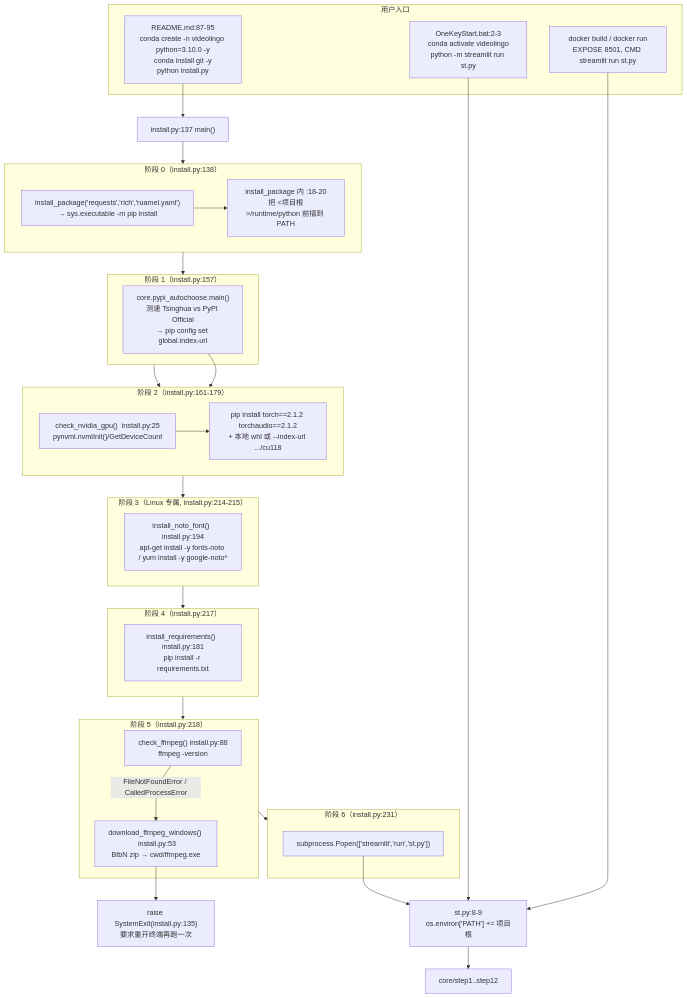
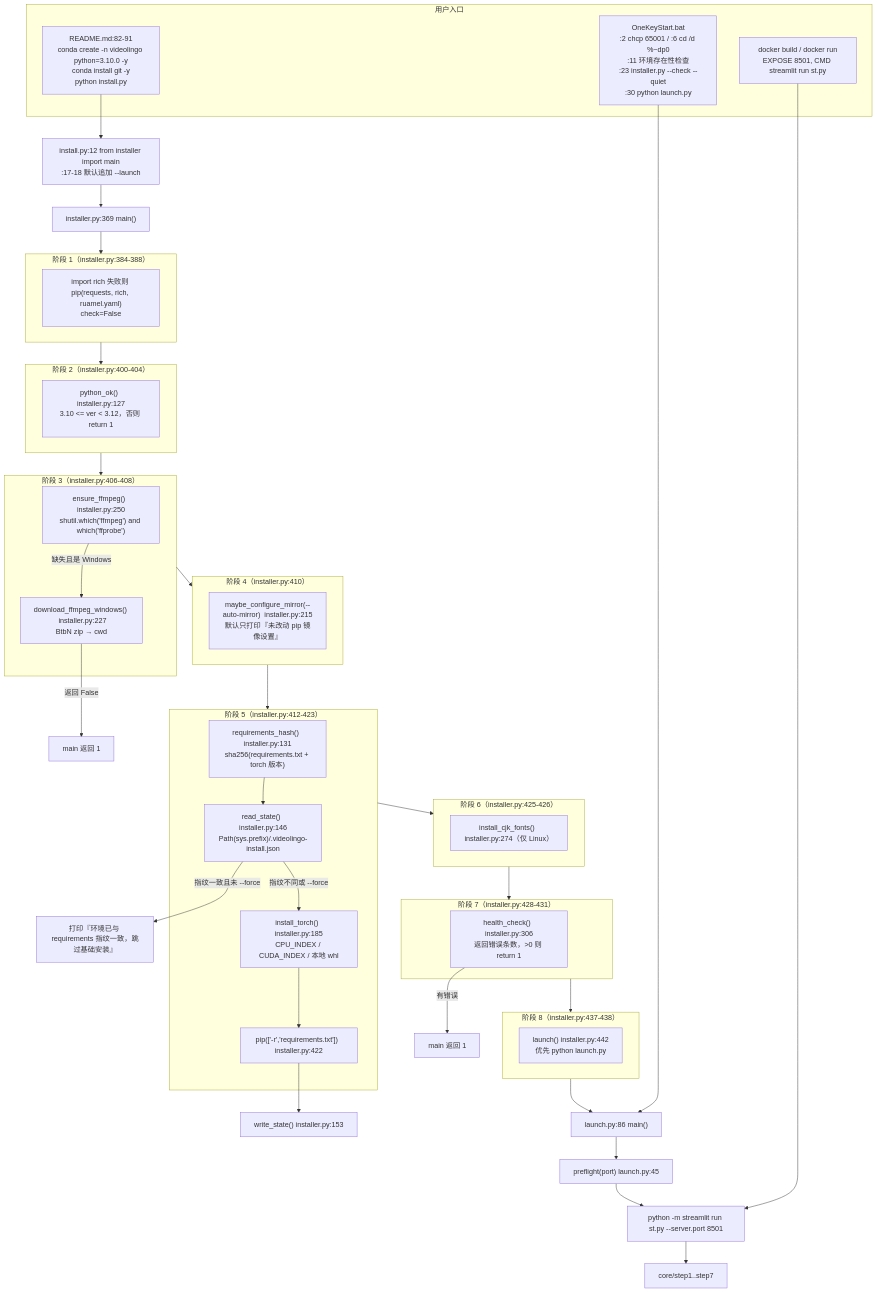
The diagram in devdocs/06-batch-and-tools/02-安装脚本与依赖.md (Brzjomo/VideoLingoMove), drawn with Mermaid before and after one commit. The commit also changed other lines of this file and 30 other files, not shown here.

````diff
--- a/devdocs/06-batch-and-tools/02-安装脚本与依赖.md
+++ b/devdocs/06-batch-and-tools/02-安装脚本与依赖.md
@@ -58,52 +69,56 @@
 ```mermaid
 flowchart TD
     subgraph ENTRY["用户入口"]
-        MD["README.md:87-95<br/>conda create -n videolingo python=3.10.0 -y<br/>conda install git -y<br/>python install.py"]
-        ONE["OneKeyStart.bat:2-3<br/>conda activate videolingo<br/>python -m streamlit run st.py"]
+        README["README.md:82-91<br/>conda create -n videolingo python=3.10.0 -y<br/>conda install git -y<br/>python install.py"]
+        ONE["OneKeyStart.bat<br/>:2 chcp 65001 / :6 cd /d %~dp0<br/>:11 环境存在性检查<br/>:23 installer.py --check --quiet<br/>:30 python launch.py"]
         DK["docker build / docker run<br/>EXPOSE 8501, CMD streamlit run st.py"]
     end
 
-    MD --> IP["install.py:137 main()"]
+    README --> WRAP["install.py:12 from installer import main<br/>:17-18 默认追加 --launch"]
+    WRAP --> IM["installer.py:369 main()"]
 
-    subgraph S0["阶段 0（install.py:138）"]
-        PKG["install_package('requests','rich','ruamel.yaml')<br/>→ sys.executable -m pip install"]
-        PYENV["install_package 内 :18-20<br/>把 &lt;项目根&gt;/runtime/python 前插到 PATH"]
+    subgraph S1["阶段 1（installer.py:384-388）"]
+        BOOT["import rich 失败则 pip(requests, rich, ruamel.yaml)<br/>check=False"]
+    end
+    subgraph S2["阶段 2（installer.py:400-404）"]
+        PYG["python_ok()  installer.py:127<br/>3.10 <= ver < 3.12，否则 return 1"]
+    end
+    subgraph S3["阶段 3（installer.py:406-408）"]
+        FF["ensure_ffmpeg()  installer.py:250<br/>shutil.which('ffmpeg') and which('ffprobe')"]
+        FFDL["download_ffmpeg_windows()  installer.py:227<br/>BtbN zip → cwd"]
+    end
+    subgraph S4["阶段 4（installer.py:410）"]
+        MIR["maybe_configure_mirror(--auto-mirror)  installer.py:215<br/>默认只打印『未改动 pip 镜像设置』"]
+    end
+    subgraph S5["阶段 5（installer.py:412-423）"]
+        HASH["requirements_hash()  installer.py:131<br/>sha256(requirements.txt + torch 版本)"]
+        STATE["read_state()  installer.py:146<br/>Path(sys.prefix)/.videolingo-install.json"]
+        TORCH["install_torch()  installer.py:185<br/>CPU_INDEX / CUDA_INDEX / 本地 whl"]
+        REQ["pip(['-r','requirements.txt'])  installer.py:422"]
+    end
+    subgraph S6["阶段 6（installer.py:425-426）"]
+        FONT["install_cjk_fonts()  installer.py:274（仅 Linux）"]
+    end
+    subgraph S7["阶段 7（installer.py:428-431）"]
+        HC["health_check()  installer.py:306<br/>返回错误条数，>0 则 return 1"]
+    end
+    subgraph S8["阶段 8（installer.py:437-438）"]
+        LAUNCH["launch()  installer.py:442<br/>优先 python launch.py"]
     end
 
-    subgraph S1["阶段 1（install.py:157）"]
-        MIRROR["core.pypi_autochoose.main()<br/>测速 Tsinghua vs PyPI Official<br/>→ pip config set global.index-url"]
-    end
-
-    subgraph S2["阶段 2（install.py:161-179）"]
-        PNV["check_nvidia_gpu()  install.py:25<br/>pynvml.nvmlInit()/GetDeviceCount"]
-        TORCH["pip install torch==2.1.2 torchaudio==2.1.2<br/>+ 本地 whl 或 --index-url .../cu118"]
-    end
-
-    subgraph S3["阶段 3（Linux 专属, install.py:214-215）"]
-        NOTO["install_noto_font()  install.py:194<br/>apt-get install -y fonts-noto / yum install -y google-noto*"]
-    end
-
-    subgraph S4["阶段 4（install.py:217）"]
-        REQ["install_requirements()  install.py:181<br/>pip install -r requirements.txt"]
-    end
-
-    subgraph S5["阶段 5（install.py:218）"]
-        CHK["check_ffmpeg()  install.py:88<br/>ffmpeg -version"]
-        DL["download_ffmpeg_windows()  install.py:53<br/>BtbN zip → cwd/ffmpeg.exe"]
-    end
-
-    subgraph S6["阶段 6（install.py:231）"]
-        RUN["subprocess.Popen(['streamlit','run','st.py'])"]
-    end
-
-    IP --> S0 --> S1 --> S2 --> S3 --> S4 --> S5 --> S6
-    PKG --> PYENV
-    MIRROR --> S2
-    PNV --> TORCH
-    CHK -->|"FileNotFoundError / CalledProcessError"| DL
-    DL --> CHK2["raise SystemExit(install.py:135)<br/>要求重开终端再跑一次"]
-    RUN --> ST["st.py:8-9<br/>os.environ['PATH'] += 项目根"]
-    ST --> STEPS["core/step1..step12"]
-    ONE --> ST
+    IM --> S1 --> S2 --> S3 --> S4 --> S5 --> S6 --> S7 --> S8
+    FF -->|"缺失且是 Windows"| FFDL
+    FFDL -->|"返回 False"| FAIL1["main 返回 1"]
+    HASH --> STATE
+    STATE -->|"指纹一致且未 --force"| SKIP["打印『环境已与 requirements 指纹一致，跳过基础安装』"]
+    STATE -->|"指纹不同或 --force"| TORCH
+    TORCH --> REQ
+    REQ --> WRITE["write_state()  installer.py:153"]
+    HC -->|"有错误"| FAIL2["main 返回 1"]
+    S8 --> LP["launch.py:86 main()"]
+    LP --> PF["preflight(port)  launch.py:45"]
+    PF --> ST["python -m streamlit run st.py --server.port 8501"]
+    ST --> STEPS["core/step1..step7"]
+    ONE --> LP
     DK --> ST
 ```
````
